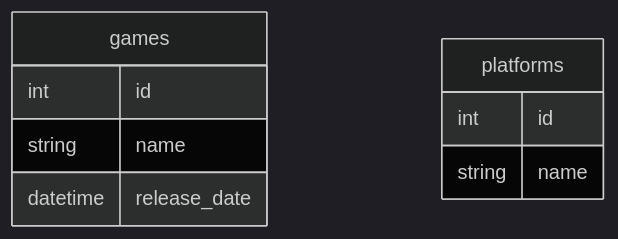
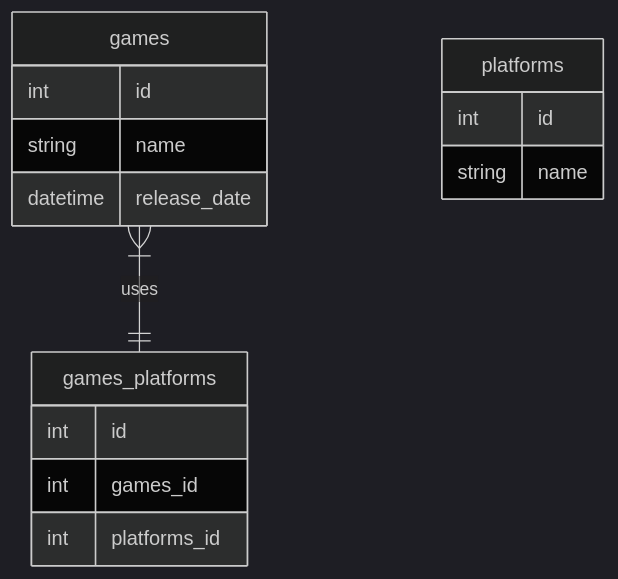
Before and after one commit to Haikira/VGLogger: the second of 2 diagrams in README.md, drawn with Mermaid.

````diff
--- a/README.md
+++ b/README.md
@@ -39,16 +39,23 @@
 ``` mermaid
 %%{init: {'theme': 'dark' } }%%
 
 erDiagram
 
         games {
                 int id
                 string name
                 datetime release_date
         }
         platforms {
                 int id
                 string name                
         }
+        games_platforms {
+                int id
+                int games_id
+                int platforms_id
+        }
+        
+        games }|--|| games_platforms: "uses"
 
 ```
````
